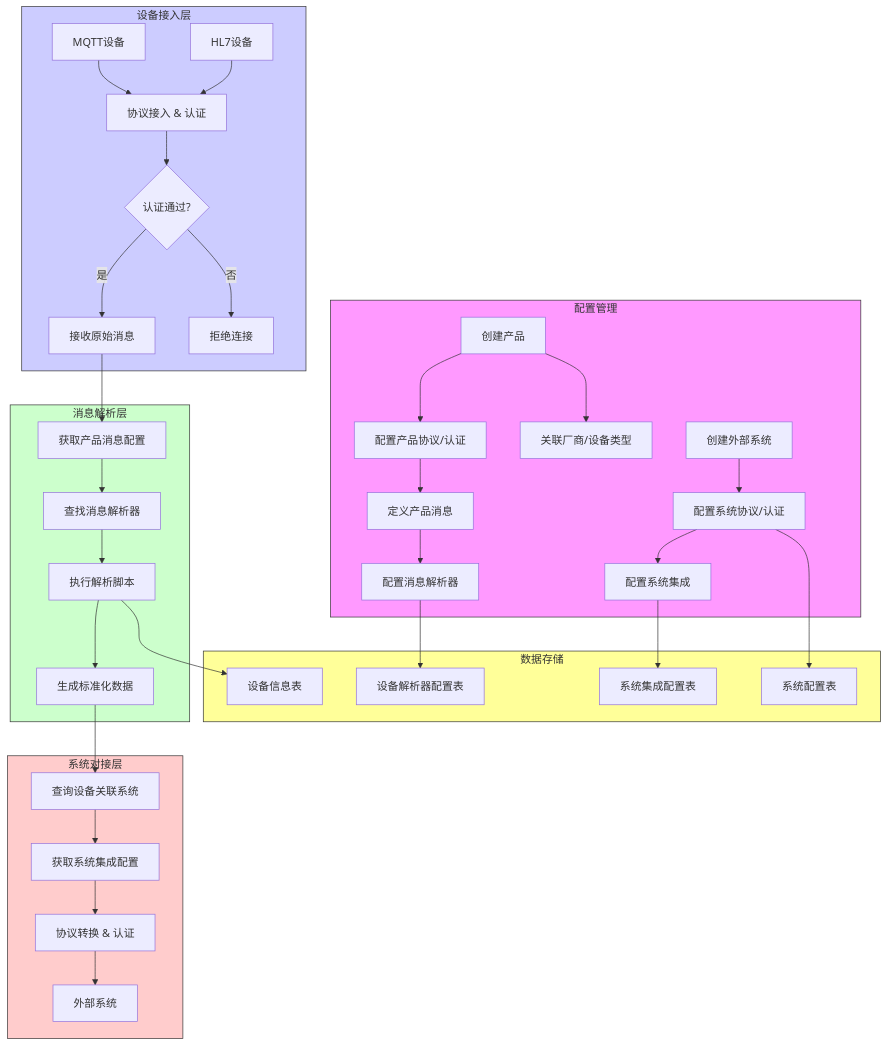
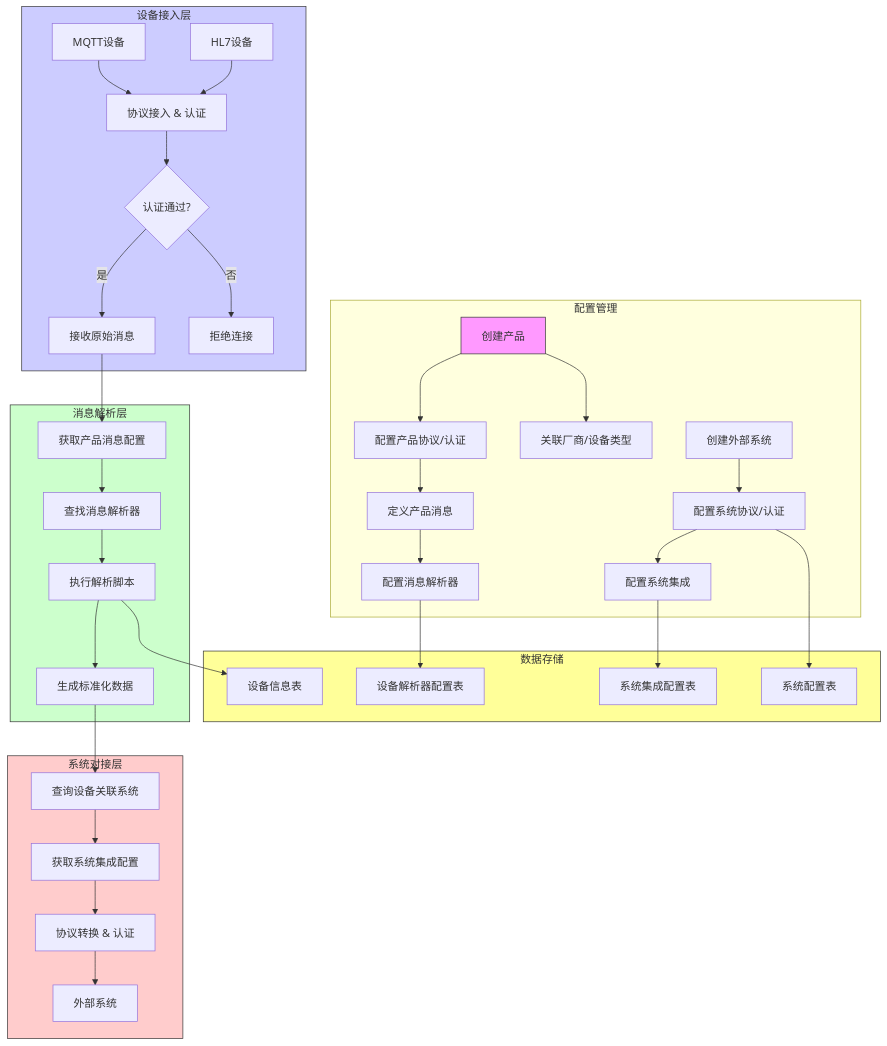
The diagram in all/未命名-5.md (fuyong859050943/iodraw-files), drawn with Mermaid before and after one commit.

Commit message:
2025-02-25 19:40:20 update

````diff
--- a/all/未命名-5.md
+++ b/all/未命名-5.md
@@ -1,46 +1,46 @@
 ```mermaid
 graph TD
     subgraph 配置管理
         A[创建产品] --> B[配置产品协议/认证]
         B --> C[定义产品消息]
         C --> D[配置消息解析器]
         A --> E[关联厂商/设备类型]
         F[创建外部系统] --> G[配置系统协议/认证]
         G --> H[配置系统集成]
     end
     
     subgraph 设备接入层
         I[MQTT设备] --> J[协议接入 & 认证]
         K[HL7设备] --> J
         J --> L{认证通过?}
         L -->|是| M[接收原始消息]
         L -->|否| N[拒绝连接]
     end
     
     subgraph 消息解析层
         M --> O[获取产品消息配置]
         O --> P[查找消息解析器]
         P --> Q[执行解析脚本]
         Q --> R[生成标准化数据]
     end
     
     subgraph 系统对接层
         R --> S[查询设备关联系统]
         S --> T[获取系统集成配置]
         T --> U[协议转换 & 认证]
         U --> V[外部系统]
     end
     
     subgraph 数据存储
         D --> W[设备解析器配置表]
         Q --> X[设备信息表]
         H --> Y[系统集成配置表]
         G --> Z[系统配置表]
     end
     
-    style 配置管理 fill:#f9f,stroke:#333
+    style A fill:#f9f,stroke:#333
     style 设备接入层 fill:#ccf,stroke:#333
     style 消息解析层 fill:#cfc,stroke:#333
     style 系统对接层 fill:#fcc,stroke:#333
     style 数据存储 fill:#ff9,stroke:#333
 ```
````
